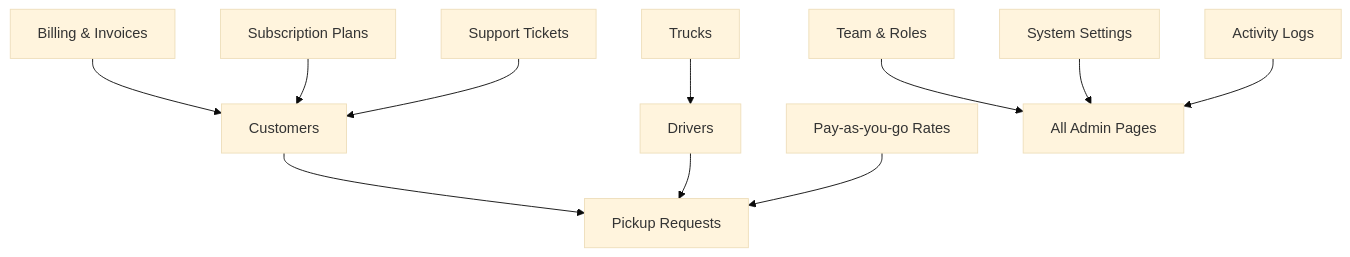
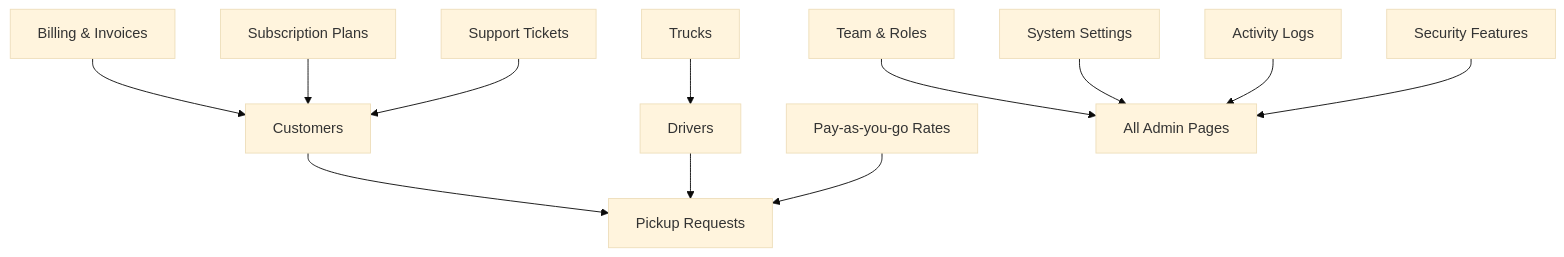
One commit to Lazynerd-Studios/lacarte-atlas-console changed diagram 11 of 12 in .qoder/repowiki/en/content/Business Modules/Business Modules.md. Above: the diagram before and after it, drawn with Mermaid (base theme). The commit also changed other lines of this file and 16 other files, not shown here.

````diff
--- a/.qoder/repowiki/en/content/Business Modules/Business Modules.md
+++ b/.qoder/repowiki/en/content/Business Modules/Business Modules.md
@@ -511,13 +532,14 @@
 ```mermaid
 graph TB
 Customers["Customers"] --> Pickups["Pickup Requests"]
 Drivers["Drivers"] --> Pickups
 Trucks["Trucks"] --> Drivers
 Billing["Billing & Invoices"] --> Customers
 Subscriptions["Subscription Plans"] --> Customers
 Rates["Pay-as-you-go Rates"] --> Pickups
 Team["Team & Roles"] --> All["All Admin Pages"]
 Support["Support Tickets"] --> Customers
 Settings["System Settings"] --> All
 ActivityLogs["Activity Logs"] --> All
+Security["Security Features"] --> All
 ```
````
